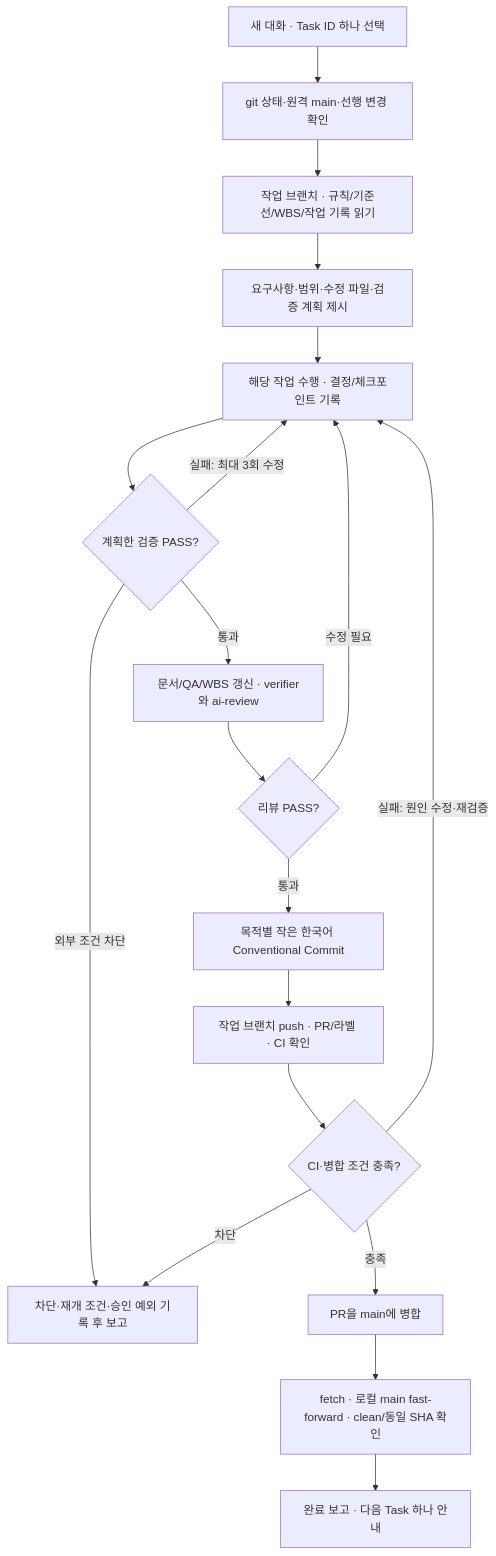
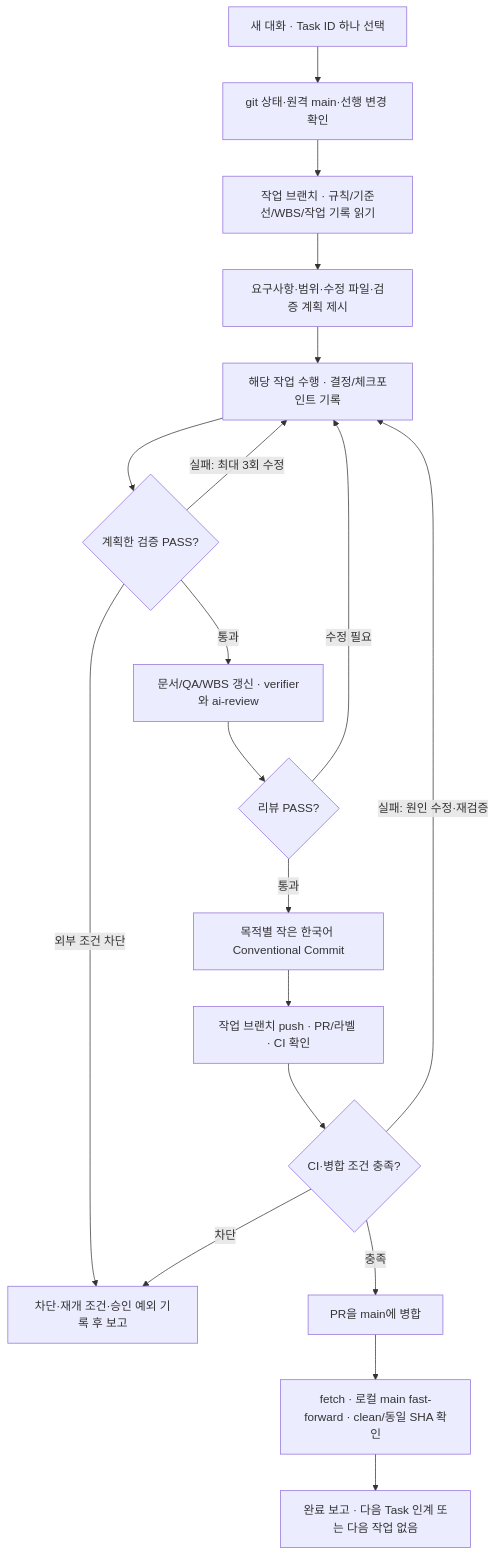
One commit to mate-pjt/mate-frontend changed the diagram in docs/development/figma-v01/task-cycle.md. Above: the diagram before and after it, drawn with Mermaid. The commit also changed other lines of this file and 4 other files, not shown here.

````diff
--- a/docs/development/figma-v01/task-cycle.md
+++ b/docs/development/figma-v01/task-cycle.md
@@ -5,21 +5,21 @@
 ```mermaid
 flowchart TD
     A["새 대화 · Task ID 하나 선택"] --> B["git 상태·원격 main·선행 변경 확인"]
     B --> C["작업 브랜치 · 규칙/기준선/WBS/작업 기록 읽기"]
     C --> D["요구사항·범위·수정 파일·검증 계획 제시"]
     D --> E["해당 작업 수행 · 결정/체크포인트 기록"]
     E --> F{"계획한 검증 PASS?"}
     F -- "실패: 최대 3회 수정" --> E
     F -- "외부 조건 차단" --> X["차단·재개 조건·승인 예외 기록 후 보고"]
     F -- "통과" --> G["문서/QA/WBS 갱신 · verifier와 ai-review"]
     G --> H{"리뷰 PASS?"}
     H -- "수정 필요" --> E
     H -- "통과" --> I["목적별 작은 한국어 Conventional Commit"]
     I --> J["작업 브랜치 push · PR/라벨 · CI 확인"]
     J --> K{"CI·병합 조건 충족?"}
     K -- "실패: 원인 수정·재검증" --> E
     K -- "차단" --> X
     K -- "충족" --> L["PR을 main에 병합"]
     L --> M["fetch · 로컬 main fast-forward · clean/동일 SHA 확인"]
-    M --> N["완료 보고 · 다음 Task 하나 안내"]
+    M --> N["완료 보고 · 다음 Task 인계 또는 다음 작업 없음"]
 ```
````
